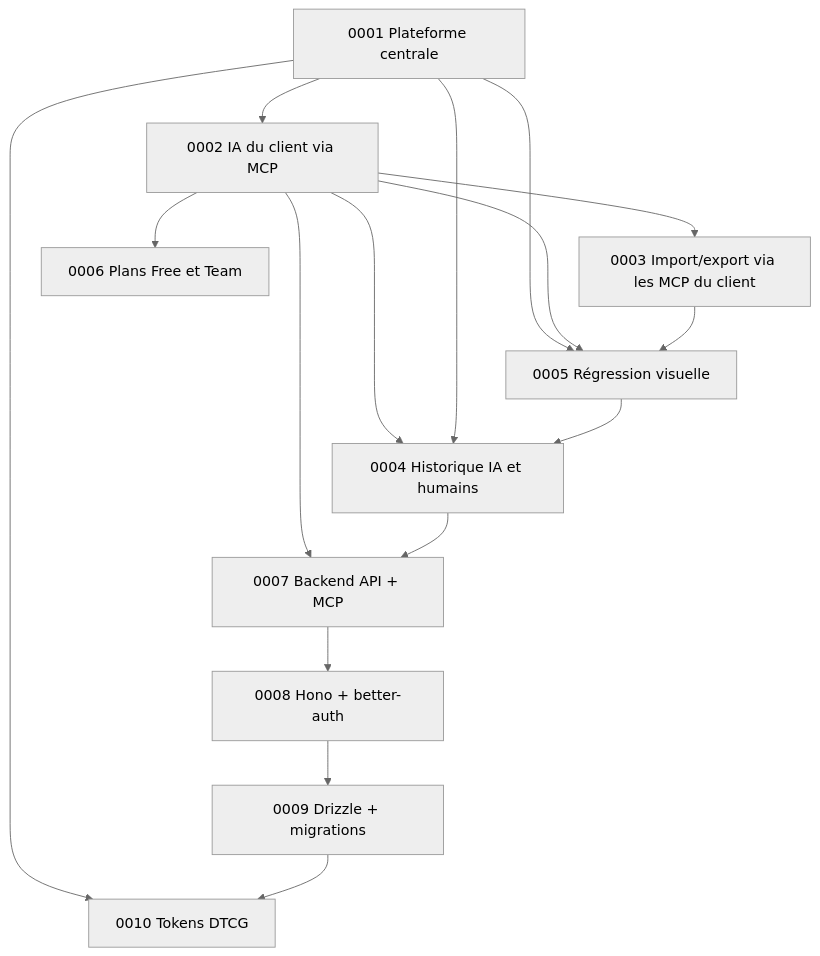
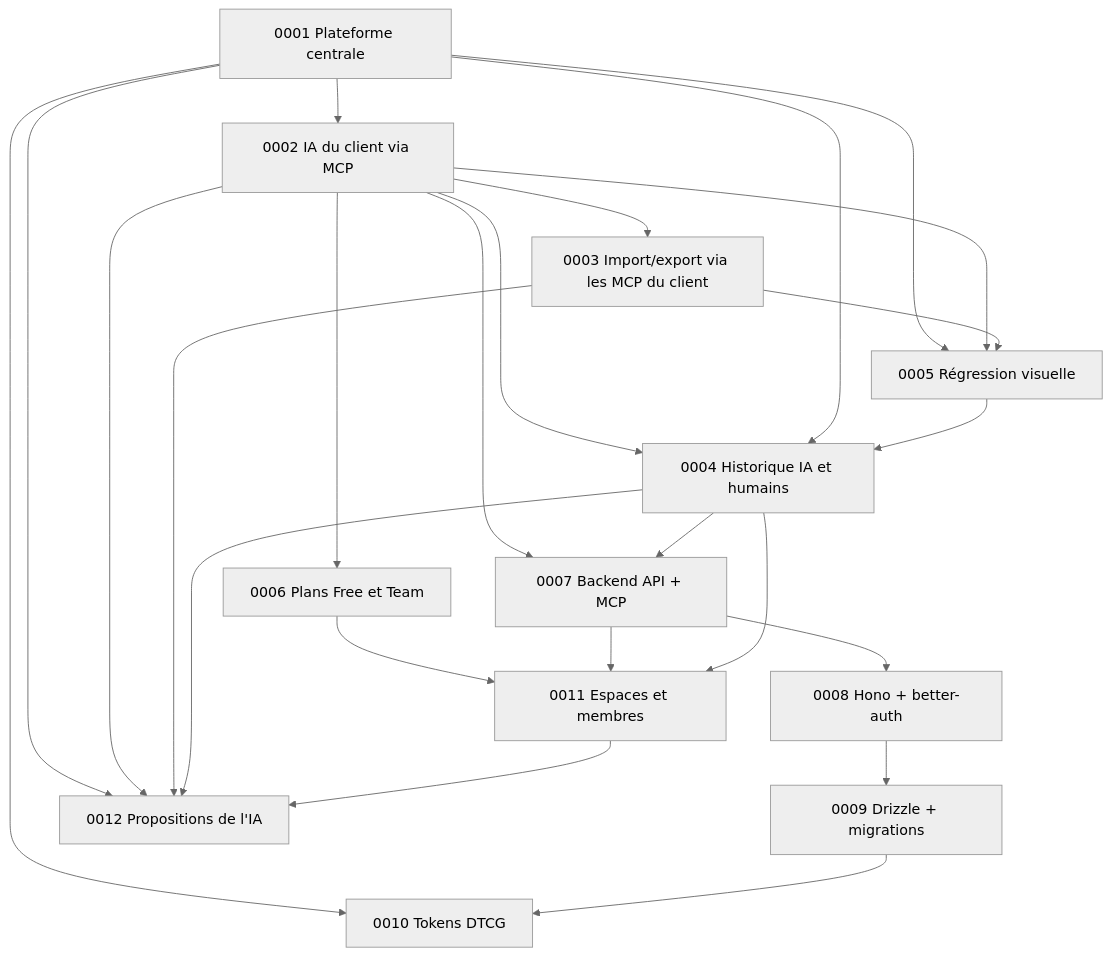
One commit to Muhammed21/dezyn changed the diagram in docs/adr/README.md. Above: the diagram before and after it, drawn with Mermaid (neutral theme). The commit also changed other lines of this file and 6 other files, not shown here.

````diff
--- a/docs/adr/README.md
+++ b/docs/adr/README.md
@@ -22,18 +24,26 @@
 ```mermaid
 graph TD
   0001[0001 Plateforme centrale] --> 0002[0002 IA du client via MCP]
   0002 --> 0003[0003 Import/export via les MCP du client]
   0002 --> 0004[0004 Historique IA et humains]
   0001 --> 0004
   0001 --> 0005[0005 Régression visuelle]
   0002 --> 0005
   0003 --> 0005
   0005 --> 0004
   0002 --> 0006[0006 Plans Free et Team]
   0002 --> 0007[0007 Backend API + MCP]
   0004 --> 0007
   0007 --> 0008[0008 Hono + better-auth]
   0008 --> 0009[0009 Drizzle + migrations]
   0001 --> 0010[0010 Tokens DTCG]
   0009 --> 0010
+  0006 --> 0011[0011 Espaces et membres]
+  0007 --> 0011
+  0004 --> 0011
+  0001 --> 0012[0012 Propositions de l'IA]
+  0002 --> 0012
+  0003 --> 0012
+  0004 --> 0012
+  0011 --> 0012
 ```
````
